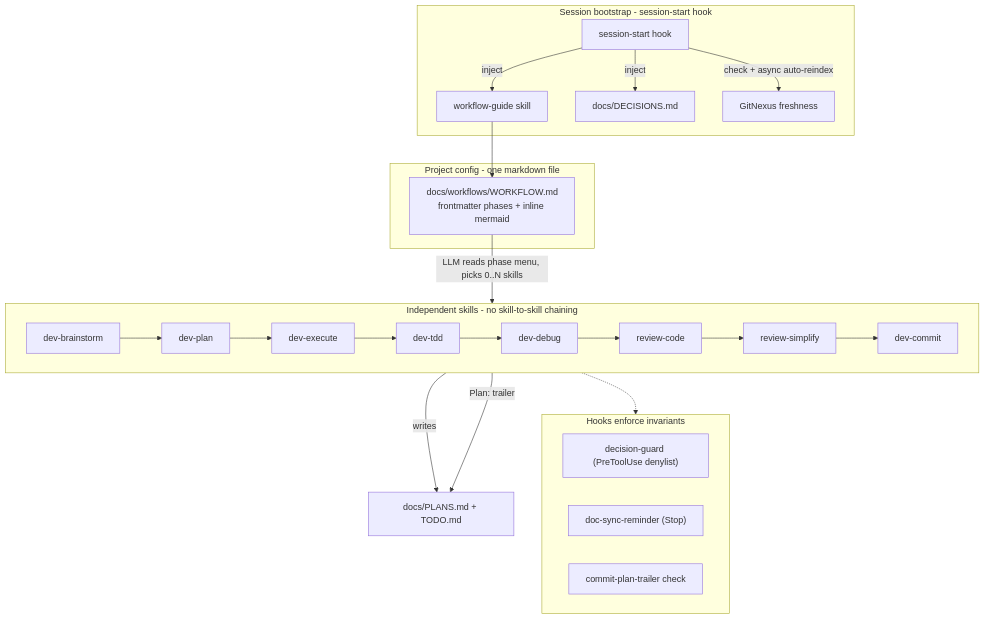
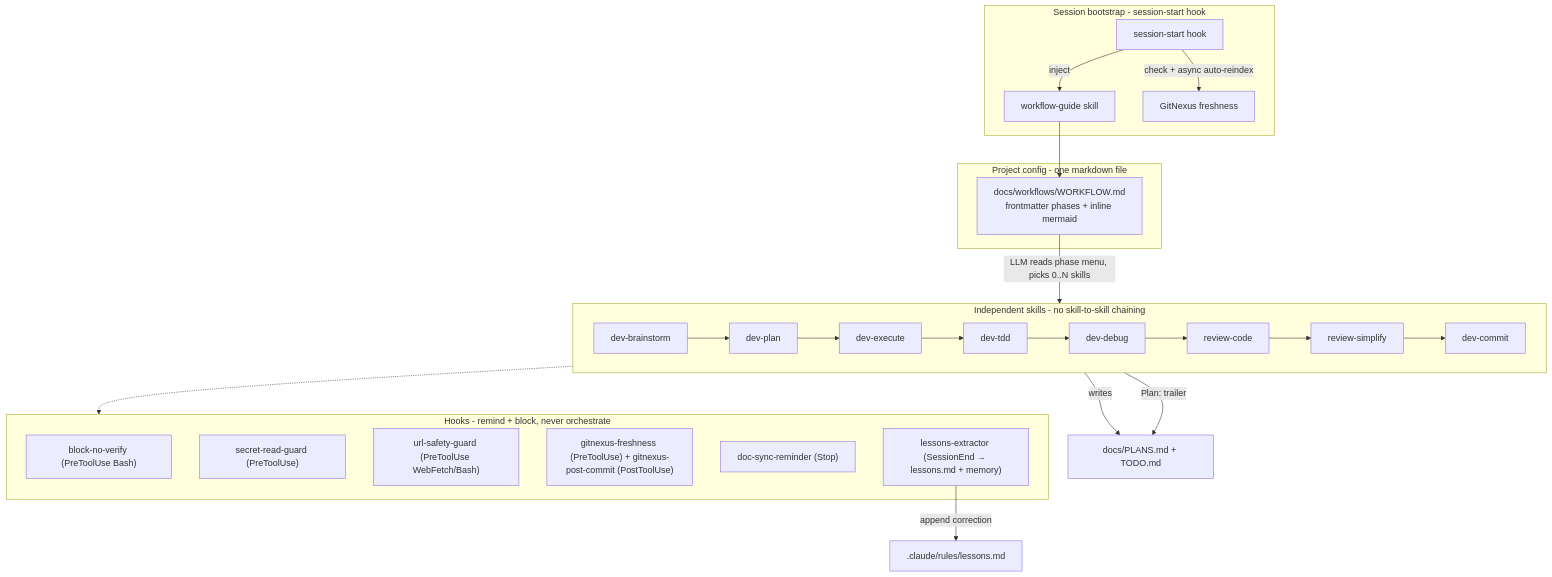
The diagram in docs/SYSTEM_DESIGN.md (lunaxoniichan/luna-marketplace), drawn with Mermaid before and after one commit. The commit also changed other lines of this file and 20 other files, not shown here.

````diff
--- a/docs/SYSTEM_DESIGN.md
+++ b/docs/SYSTEM_DESIGN.md
@@ -29,28 +29,31 @@
 ```mermaid
 flowchart TB
     subgraph boot [Session bootstrap - session-start hook]
         SS["session-start hook"]
         SS -->|inject| ULW["workflow-guide skill"]
-        SS -->|inject| DEC["docs/DECISIONS.md"]
         SS -->|check + async auto-reindex| GNX["GitNexus freshness"]
     end
     subgraph cfg [Project config - one markdown file]
         WF["docs/workflows/WORKFLOW.md\nfrontmatter phases + inline mermaid"]
     end
     subgraph skills [Independent skills - no skill-to-skill chaining]
         direction LR
         BR[dev-brainstorm] --> PL[dev-plan] --> EX[dev-execute]
         EX --> TD[dev-tdd] --> DB[dev-debug] --> RC[review-code]
         RC --> RS[review-simplify] --> CM[dev-commit]
     end
-    subgraph guards [Hooks enforce invariants]
-        DG["decision-guard (PreToolUse denylist)"]
+    subgraph guards [Hooks - remind + block, never orchestrate]
+        BNV["block-no-verify (PreToolUse Bash)"]
+        SRG["secret-read-guard (PreToolUse)"]
+        URG["url-safety-guard (PreToolUse WebFetch/Bash)"]
+        GF["gitnexus-freshness (PreToolUse) + gitnexus-post-commit (PostToolUse)"]
         DS["doc-sync-reminder (Stop)"]
-        CP["commit-plan-trailer check"]
+        LEX["lessons-extractor (SessionEnd → lessons.md + memory)"]
     end
     ULW --> WF
     WF -->|"LLM reads phase menu, picks 0..N skills"| skills
     skills -.-> guards
     EX -->|writes| PLANS["docs/PLANS.md + TODO.md"]
     CM -->|"Plan: trailer"| PLANS
+    LEX -->|"append correction"| LES[".claude/rules/lessons.md"]
 ```
````
